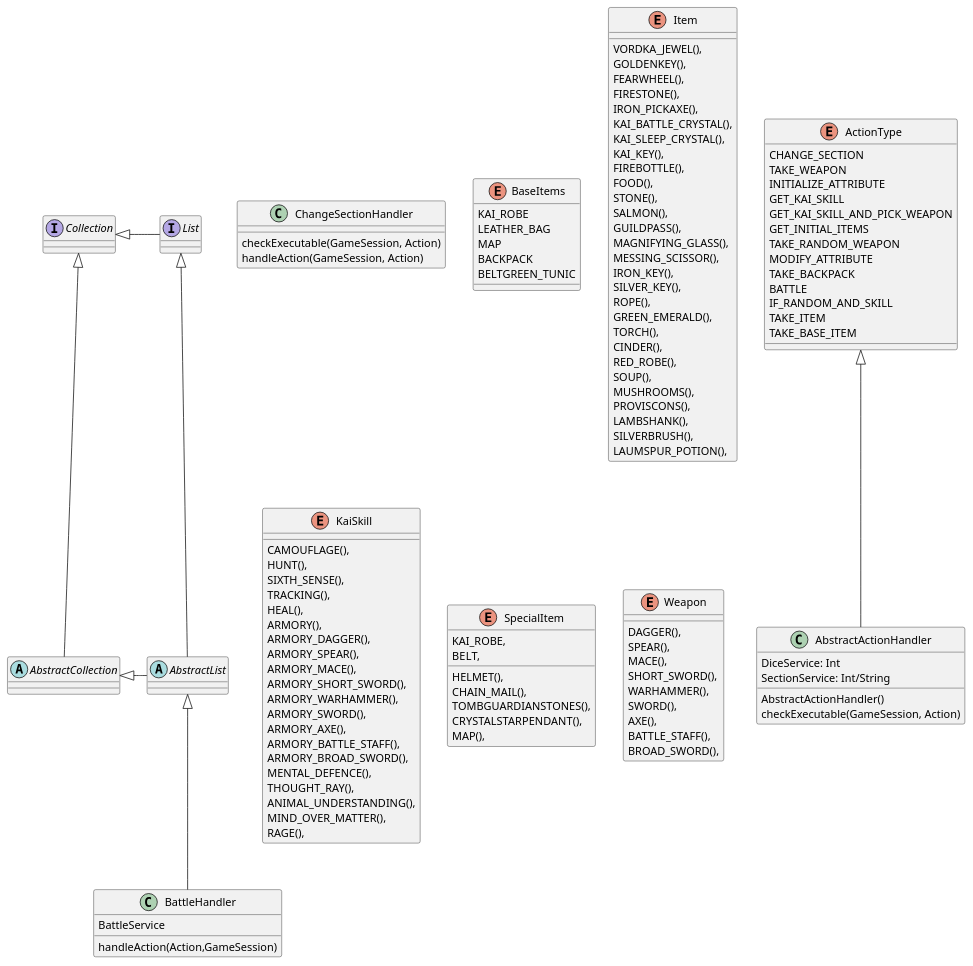
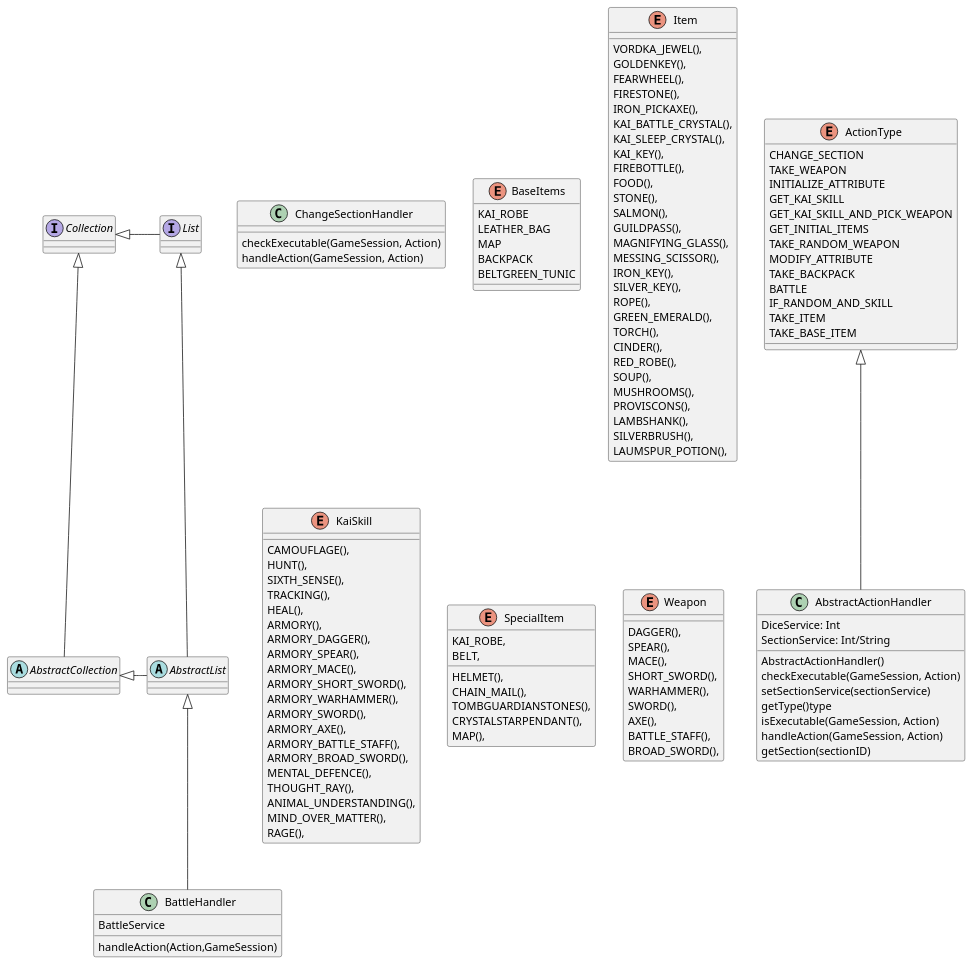
The diagram in engine/src/main/java/net/atos/wolf/services/ui/handler.puml (Ventar/EinsamerWolfGame), drawn with PlantUML before and after one commit. The commit also changed 5 other files, not shown here.

Commit message:
Fix issues, work on diagramms

```diff
--- a/engine/src/main/java/net/atos/wolf/services/ui/handler.puml
+++ b/engine/src/main/java/net/atos/wolf/services/ui/handler.puml
@@ -1,132 +1,136 @@
 @startuml
 'https://plantuml.com/class-diagram
 
 abstract class AbstractList
 abstract AbstractCollection
 interface List
 interface Collection
 
 List <|-- AbstractList
 Collection <|-- AbstractCollection
 
 Collection <|- List
 AbstractCollection <|- AbstractList
 AbstractList <|-- BattleHandler
 ActionType <|-- AbstractActionHandler
 
 class BattleHandler {
 BattleService
 handleAction(Action,GameSession)
 }
 class ChangeSectionHandler {
 checkExecutable(GameSession, Action)
 handleAction(GameSession, Action)
 }
 class AbstractActionHandler{
 DiceService: Int
 SectionService: Int/String
 AbstractActionHandler()
 checkExecutable(GameSession, Action)
-
+setSectionService(sectionService)
+getType()type
+isExecutable(GameSession, Action)
+handleAction(GameSession, Action)
+getSection(sectionID)
 
 }
 enum ActionType {
 CHANGE_SECTION
 TAKE_WEAPON
 INITIALIZE_ATTRIBUTE
 GET_KAI_SKILL
 GET_KAI_SKILL_AND_PICK_WEAPON
 GET_INITIAL_ITEMS
 TAKE_RANDOM_WEAPON
 MODIFY_ATTRIBUTE
 TAKE_BACKPACK
 BATTLE
 IF_RANDOM_AND_SKILL
 TAKE_ITEM
 TAKE_BASE_ITEM
 }
 enum BaseItems {
 KAI_ROBE
 LEATHER_BAG
 MAP
 BACKPACK
 BELTGREEN_TUNIC
 
 }
 
 enum Item {
 VORDKA_JEWEL(),
     GOLDENKEY(),
     FEARWHEEL(),
     FIRESTONE(),
     IRON_PICKAXE(),
     KAI_BATTLE_CRYSTAL(),
     KAI_SLEEP_CRYSTAL(),
     KAI_KEY(),
     FIREBOTTLE(),
     FOOD(),
     STONE(),
     SALMON(),
     GUILDPASS(),
     MAGNIFYING_GLASS(),
     MESSING_SCISSOR(),
     IRON_KEY(),
     SILVER_KEY(),
     ROPE(),
     GREEN_EMERALD(),
     TORCH(),
     CINDER(),
     RED_ROBE(),
     SOUP(),
     MUSHROOMS(),
     PROVISCONS(),
     LAMBSHANK(),
     SILVERBRUSH(),
     LAUMSPUR_POTION(),
 }
 enum KaiSkill {
  CAMOUFLAGE(),
     HUNT(),
     SIXTH_SENSE(),
     TRACKING(),
     HEAL(),
     ARMORY(),
     ARMORY_DAGGER(),
     ARMORY_SPEAR(),
     ARMORY_MACE(),
     ARMORY_SHORT_SWORD(),
     ARMORY_WARHAMMER(),
     ARMORY_SWORD(),
     ARMORY_AXE(),
     ARMORY_BATTLE_STAFF(),
     ARMORY_BROAD_SWORD(),
     MENTAL_DEFENCE(),
     THOUGHT_RAY(),
     ANIMAL_UNDERSTANDING(),
     MIND_OVER_MATTER(),
     RAGE(),
 
 }
 enum SpecialItem {
 HELMET(),
 CHAIN_MAIL(),
     TOMBGUARDIANSTONES(),
     CRYSTALSTARPENDANT(),
     MAP(),
     KAI_ROBE,
     BELT,
 
 }
 enum Weapon {
 DAGGER(),
     SPEAR(),
     MACE(),
     SHORT_SWORD(),
     WARHAMMER(),
     SWORD(),
     AXE(),
     BATTLE_STAFF(),
     BROAD_SWORD(),
 }
 
 @enduml
```
